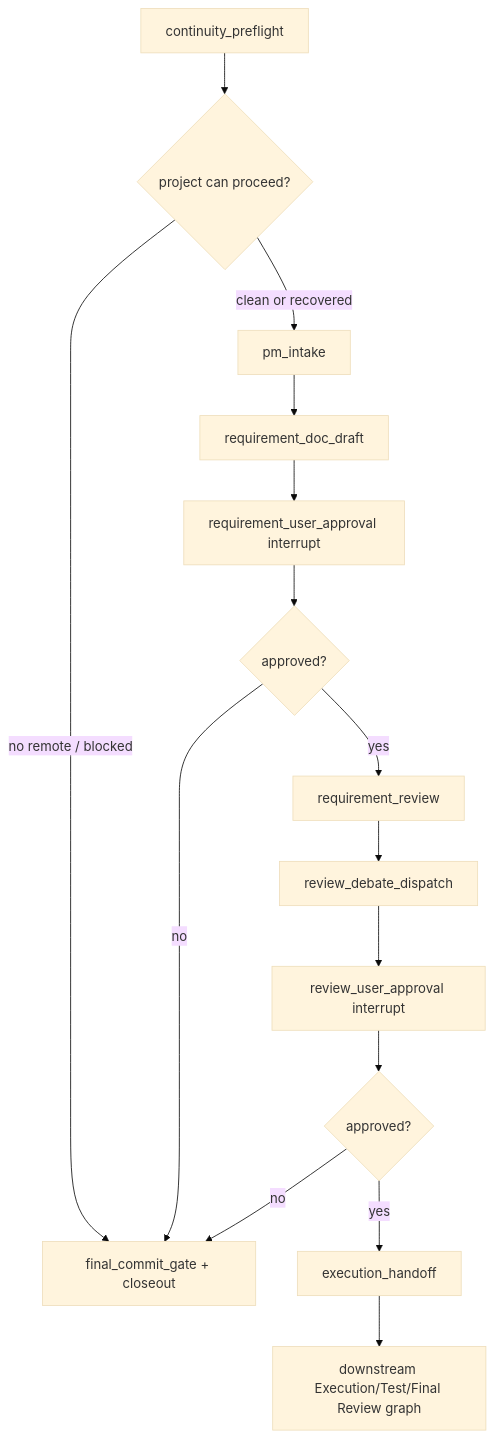
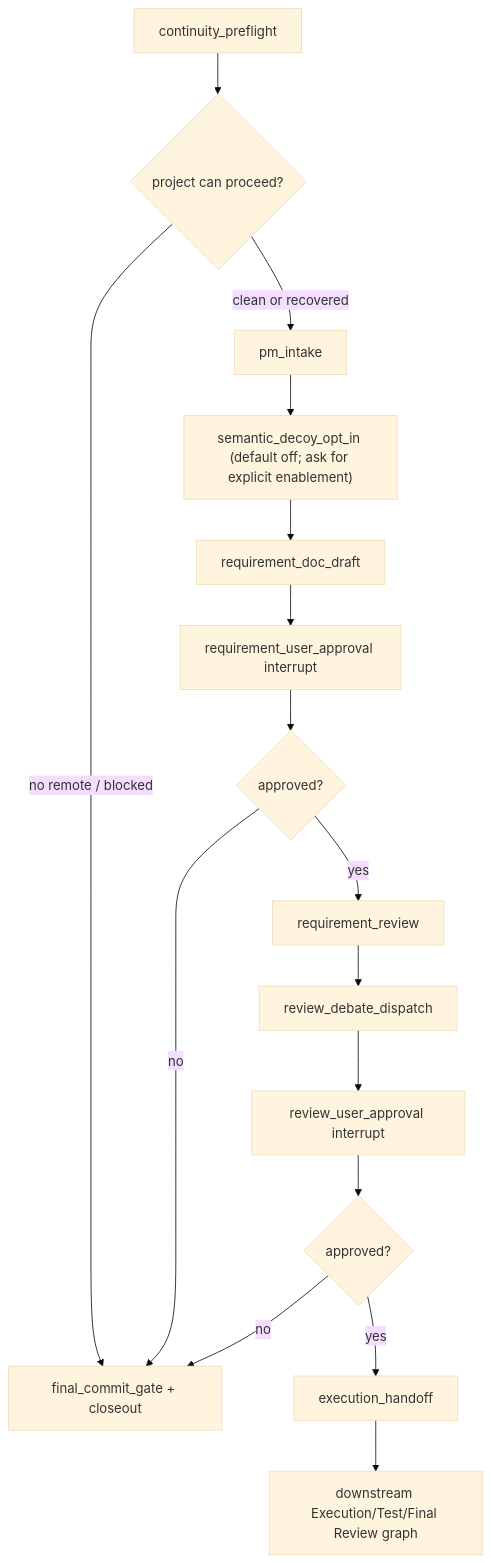
The diagram in docs/module_designs/master/en/MASTER_MODULE_DESIGN.md (rain-123-bow/aegis), drawn with Mermaid (base theme) before and after one commit. The commit also changed other lines of this file and 13 other files, not shown here.

Commit message:
feat: add opt-in semantic decoy policy

````diff
--- a/docs/module_designs/master/en/MASTER_MODULE_DESIGN.md
+++ b/docs/module_designs/master/en/MASTER_MODULE_DESIGN.md
@@ -3,17 +3,18 @@
 ```mermaid
 flowchart TD
   A["continuity_preflight"] --> B{"project can proceed?"}
   B -- "no remote / blocked" --> Z["final_commit_gate + closeout"]
   B -- "clean or recovered" --> C["pm_intake"]
-  C --> D["requirement_doc_draft"]
+  C --> O["semantic_decoy_opt_in (default off; ask for explicit enablement)"]
+  O --> D["requirement_doc_draft"]
   D --> E["requirement_user_approval interrupt"]
   E --> F{"approved?"}
   F -- "no" --> Z
   F -- "yes" --> G["requirement_review"]
   G --> H["review_debate_dispatch"]
   H --> I["review_user_approval interrupt"]
   I --> J{"approved?"}
   J -- "no" --> Z
   J -- "yes" --> K["execution_handoff"]
   K --> L["downstream Execution/Test/Final Review graph"]
 ```
````
